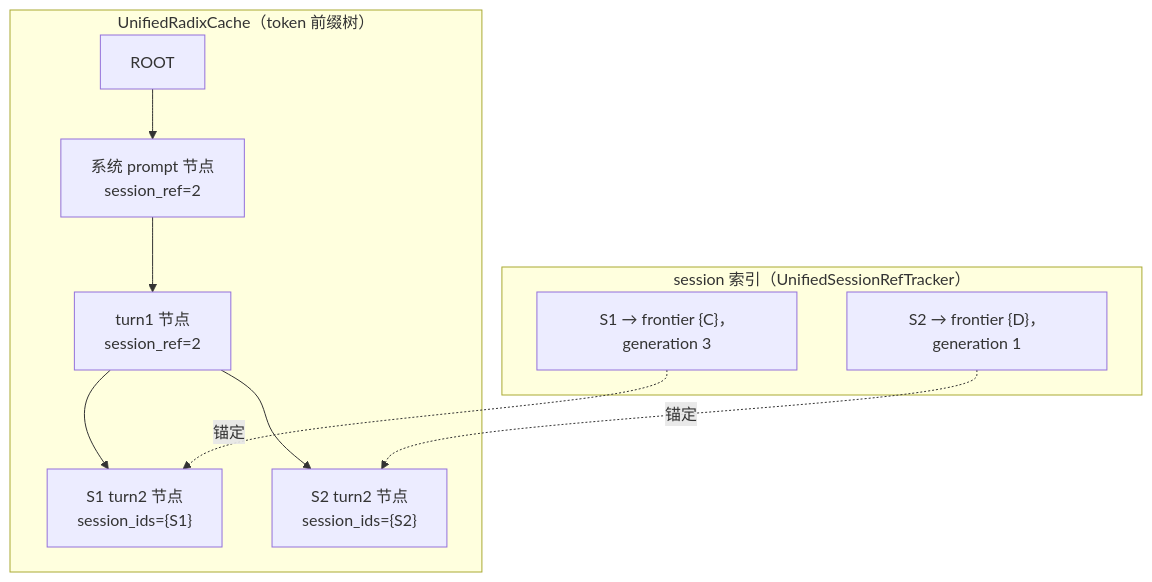
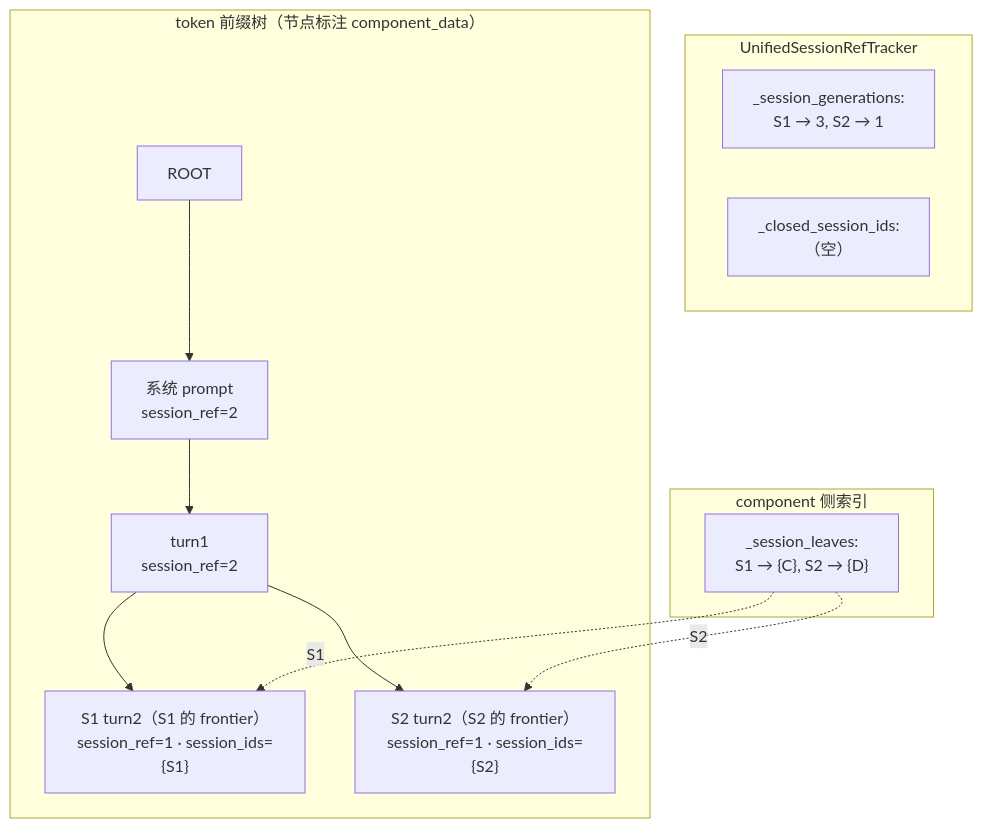
One commit to 5x8-40/lake changed the diagram in docs/research/sglang/agentic-kv-roadmap.md. Above: the diagram before and after it, drawn with Mermaid. The commit also changed other lines of this file, not shown here.

First line of the commit message:
docs: 重写 session×前缀树结构图，消除黑盒名词并修正索引归属

````diff
--- a/docs/research/sglang/agentic-kv-roadmap.md
+++ b/docs/research/sglang/agentic-kv-roadmap.md
@@ -83,15 +95,18 @@
 ```mermaid
 flowchart TB
-    subgraph IDX["session 索引（UnifiedSessionRefTracker）"]
-        S1["S1 → frontier {C}，generation 3"]
-        S2["S2 → frontier {D}，generation 1"]
+    subgraph TRK["UnifiedSessionRefTracker"]
+        GEN["_session_generations:<br/>S1 → 3, S2 → 1"]
+        TOMB["_closed_session_ids:<br/>（空）"]
     end
-    subgraph TREE["UnifiedRadixCache（token 前缀树）"]
-        R["ROOT"] --> A["系统 prompt 节点<br/>session_ref=2"]
-        A --> B["turn1 节点<br/>session_ref=2"]
-        B --> C["S1 turn2 节点<br/>session_ids={S1}"]
-        B --> D["S2 turn2 节点<br/>session_ids={S2}"]
+    subgraph CMP["component 侧索引"]
+        SL["_session_leaves:<br/>S1 → {C}, S2 → {D}"]
     end
-    S1 -.锚定.-> C
-    S2 -.锚定.-> D
+    subgraph TREE["token 前缀树（节点标注 component_data）"]
+        R["ROOT"] --> A["系统 prompt<br/>session_ref=2"]
+        A --> B["turn1<br/>session_ref=2"]
+        B --> C["S1 turn2（S1 的 frontier）<br/>session_ref=1 · session_ids={S1}"]
+        B --> D["S2 turn2（S2 的 frontier）<br/>session_ref=1 · session_ids={S2}"]
+    end
+    SL -. S1 .-> C
+    SL -. S2 .-> D
 ```
````
